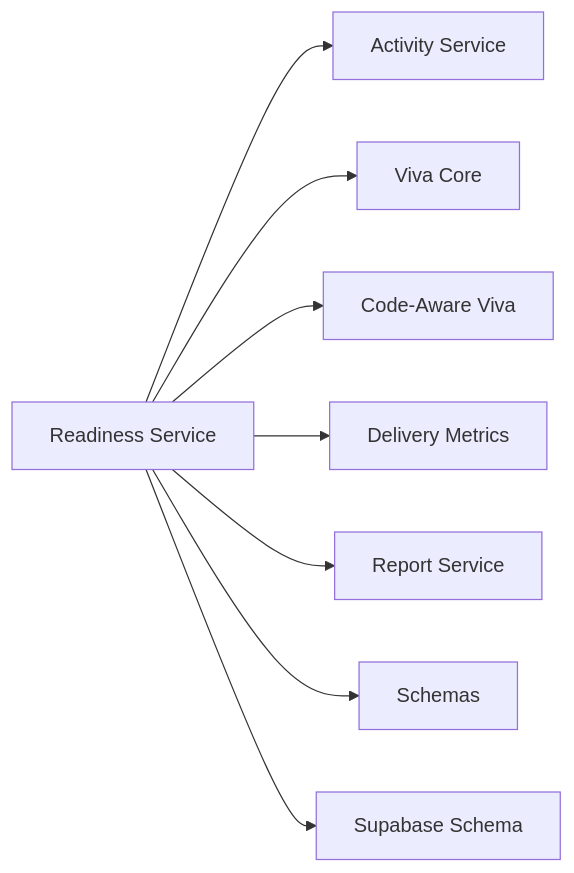
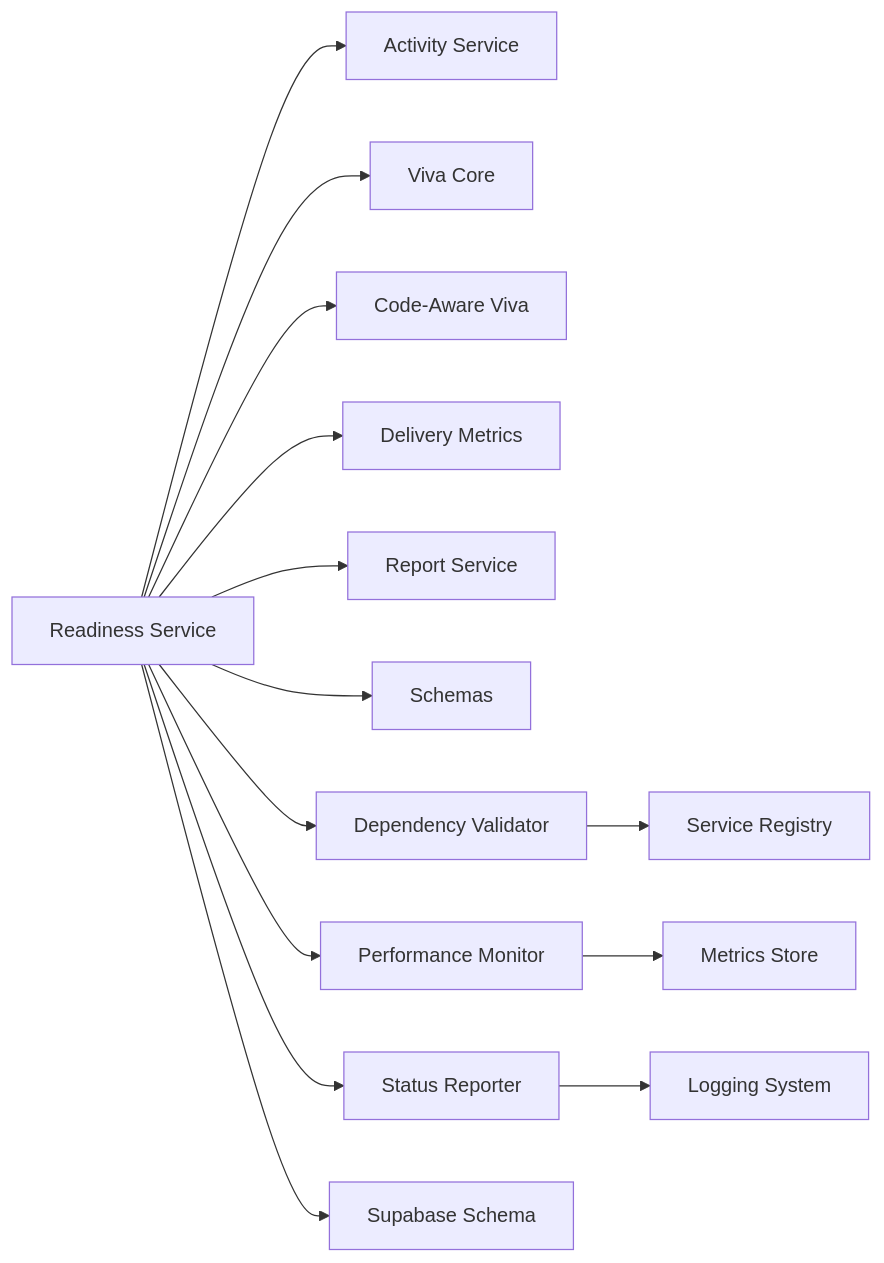
One commit to KKBAE143/VivAI changed the sixth of 6 diagrams in .qoder/repowiki/en/content/Architecture Overview/Backend Architecture/Service Layer Architecture/Readiness Service.md. Above: the diagram before and after it, drawn with Mermaid. The commit also changed other lines of this file and 133 other files, not shown here.

````diff
--- a/.qoder/repowiki/en/content/Architecture Overview/Backend Architecture/Service Layer Architecture/Readiness Service.md
+++ b/.qoder/repowiki/en/content/Architecture Overview/Backend Architecture/Service Layer Architecture/Readiness Service.md
@@ -311,10 +553,16 @@
 ```mermaid
 graph LR
 RSvc["Readiness Service"] --> ASvc["Activity Service"]
 RSvc --> VC["Viva Core"]
 RSvc --> CA["Code-Aware Viva"]
 RSvc --> DM["Delivery Metrics"]
 RSvc --> RP["Report Service"]
 RSvc --> SC["Schemas"]
+RSvc --> DVal["Dependency Validator"]
+RSvc --> PMon["Performance Monitor"]
+RSvc --> SR["Status Reporter"]
 RSvc --> DB["Supabase Schema"]
+DVal --> SVC["Service Registry"]
+PMon --> MET["Metrics Store"]
+SR --> LOG["Logging System"]
 ```
````
